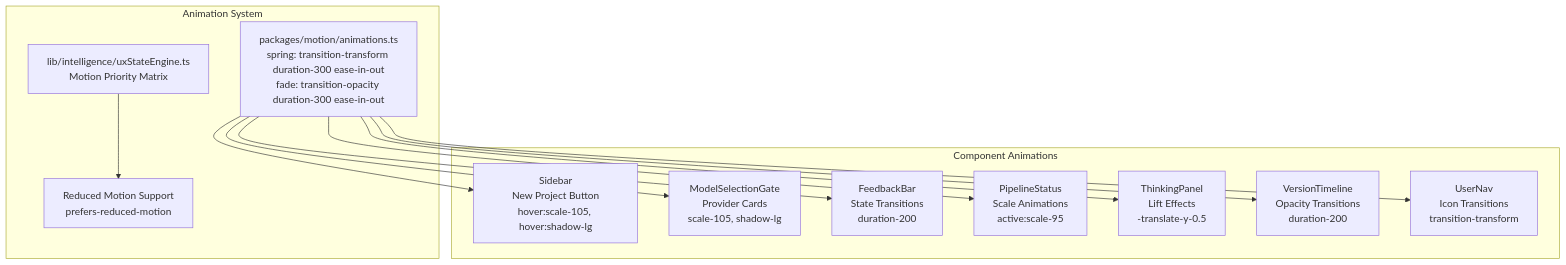
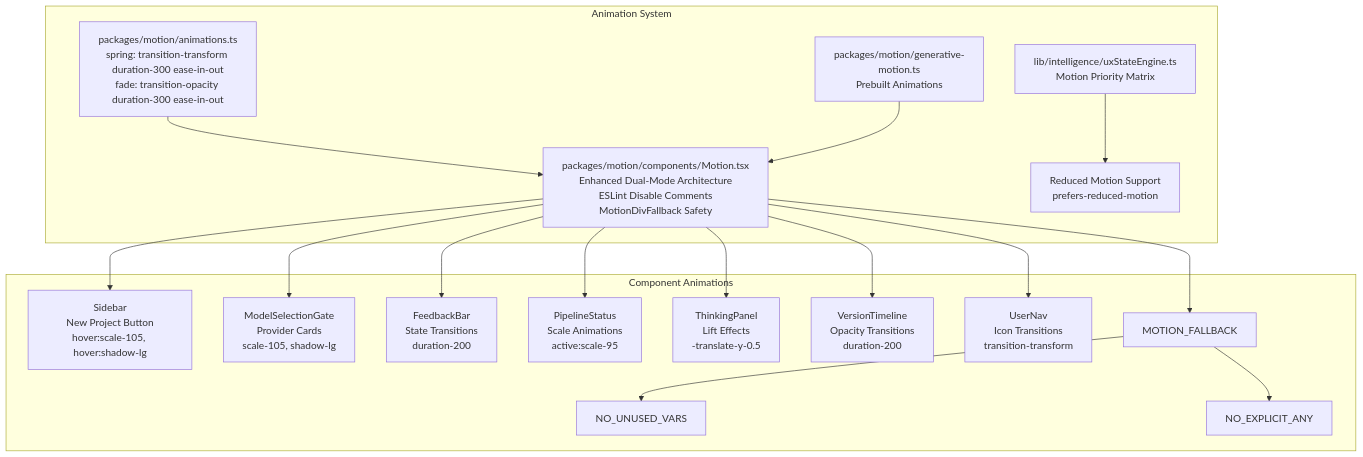
The seventh of 10 diagrams in .qoder/repowiki/en/content/UI Component System/UI Component System.md (shekhargiri005-dotcom/AI-powered-accessibility-first-UI-engine), drawn with Mermaid before and after one commit. The commit also changed other lines of this file and 27 other files, not shown here.

````diff
--- a/.qoder/repowiki/en/content/UI Component System/UI Component System.md
+++ b/.qoder/repowiki/en/content/UI Component System/UI Component System.md
@@ -567,25 +596,32 @@
 ```mermaid
 graph TB
 subgraph "Animation System"
-ANIM_PRIMITIVES["packages/motion/animations.ts<br/>spring: transition-transform duration-300 ease-in-out<br/>fade: transition-opacity duration-300 ease-in-out"]
+MOTION_COMPONENTS["packages/motion/components/Motion.tsx<br/>Enhanced Dual-Mode Architecture<br/>ESLint Disable Comments<br/>MotionDivFallback Safety"]
+MOTION_ANIM["packages/motion/animations.ts<br/>spring: transition-transform duration-300 ease-in-out<br/>fade: transition-opacity duration-300 ease-in-out"]
+MOTION_GEN["packages/motion/generative-motion.ts<br/>Prebuilt Animations"]
 UX_ENGINE["lib/intelligence/uxStateEngine.ts<br/>Motion Priority Matrix"]
 REDUCED_MOTION["Reduced Motion Support<br/>prefers-reduced-motion"]
 end
 subgraph "Component Animations"
 SIDEBAR["Sidebar<br/>New Project Button<br/>hover:scale-105, hover:shadow-lg"]
 MODEL_GATE["ModelSelectionGate<br/>Provider Cards<br/>scale-105, shadow-lg"]
 FEEDBACK["FeedbackBar<br/>State Transitions<br/>duration-200"]
 PIPELINE["PipelineStatus<br/>Scale Animations<br/>active:scale-95"]
 THINKING["ThinkingPanel<br/>Lift Effects<br/>-translate-y-0.5"]
 TIMELINE["VersionTimeline<br/>Opacity Transitions<br/>duration-200"]
 USERNAV["UserNav<br/>Icon Transitions<br/>transition-transform"]
+MOTION_COMPONENTS --> MOTION_FALLBACK
+MOTION_FALLBACK --> NO_UNUSED_VARS
+MOTION_FALLBACK --> NO_EXPLICIT_ANY
 end
-ANIM_PRIMITIVES --> SIDEBAR
-ANIM_PRIMITIVES --> MODEL_GATE
-ANIM_PRIMITIVES --> FEEDBACK
-ANIM_PRIMITIVES --> PIPELINE
-ANIM_PRIMITIVES --> THINKING
-ANIM_PRIMITIVES --> TIMELINE
-ANIM_PRIMITIVES --> USERNAV
+MOTION_COMPONENTS --> SIDEBAR
+MOTION_COMPONENTS --> MODEL_GATE
+MOTION_COMPONENTS --> FEEDBACK
+MOTION_COMPONENTS --> PIPELINE
+MOTION_COMPONENTS --> THINKING
+MOTION_COMPONENTS --> TIMELINE
+MOTION_COMPONENTS --> USERNAV
+MOTION_ANIM --> MOTION_COMPONENTS
+MOTION_GEN --> MOTION_COMPONENTS
 UX_ENGINE --> REDUCED_MOTION
 ```
````
